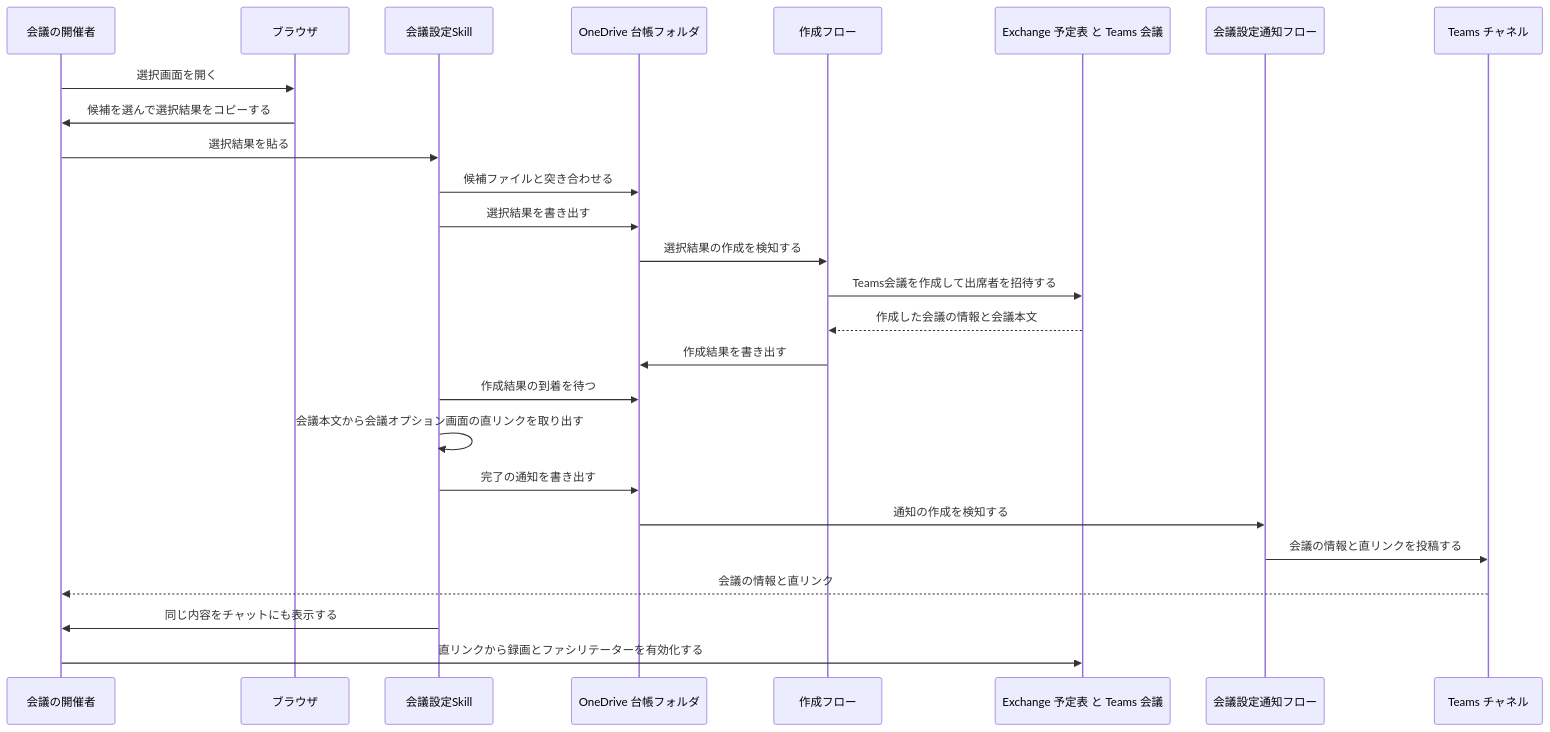
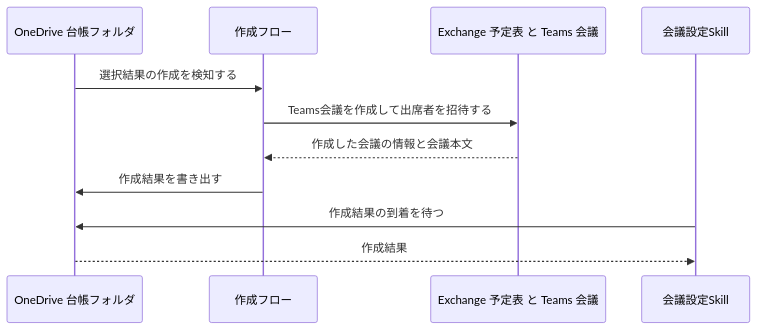
One commit to dnode-ryosuke-yamazaki/study changed the fourth of 7 diagrams in apps/meeting-setup-automation/specs/meeting-scheduling/design.md. Above: the diagram before and after it, drawn with Mermaid. The commit also changed other lines of this file and 4 other files, not shown here.

````diff
--- a/apps/meeting-setup-automation/specs/meeting-scheduling/design.md
+++ b/apps/meeting-setup-automation/specs/meeting-scheduling/design.md
@@ -107,29 +136,14 @@
 ```mermaid
 sequenceDiagram
-    participant O as 会議の開催者
-    participant B as ブラウザ
-    participant S as 会議設定Skill
     participant D as OneDrive 台帳フォルダ
     participant F2 as 作成フロー
     participant C as Exchange 予定表 と Teams 会議
-    participant N as 会議設定通知フロー
-    participant T as Teams チャネル
+    participant S as 会議設定Skill
 
-    O->>B: 選択画面を開く
-    B->>O: 候補を選んで選択結果をコピーする
-    O->>S: 選択結果を貼る
-    S->>D: 候補ファイルと突き合わせる
-    S->>D: 選択結果を書き出す
     D->>F2: 選択結果の作成を検知する
     F2->>C: Teams会議を作成して出席者を招待する
     C-->>F2: 作成した会議の情報と会議本文
     F2->>D: 作成結果を書き出す
     S->>D: 作成結果の到着を待つ
-    S->>S: 会議本文から会議オプション画面の直リンクを取り出す
-    S->>D: 完了の通知を書き出す
-    D->>N: 通知の作成を検知する
-    N->>T: 会議の情報と直リンクを投稿する
-    T-->>O: 会議の情報と直リンク
-    S->>O: 同じ内容をチャットにも表示する
-    O->>C: 直リンクから録画とファシリテーターを有効化する
+    D-->>S: 作成結果
 ```
````
